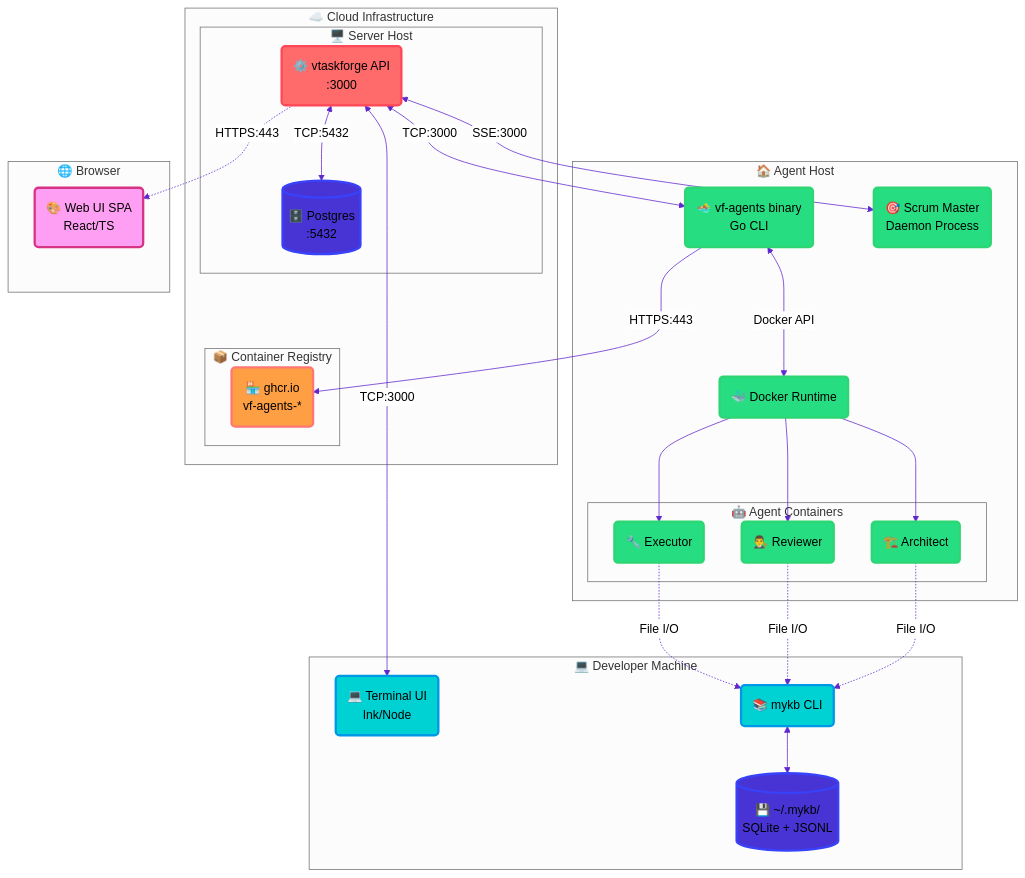
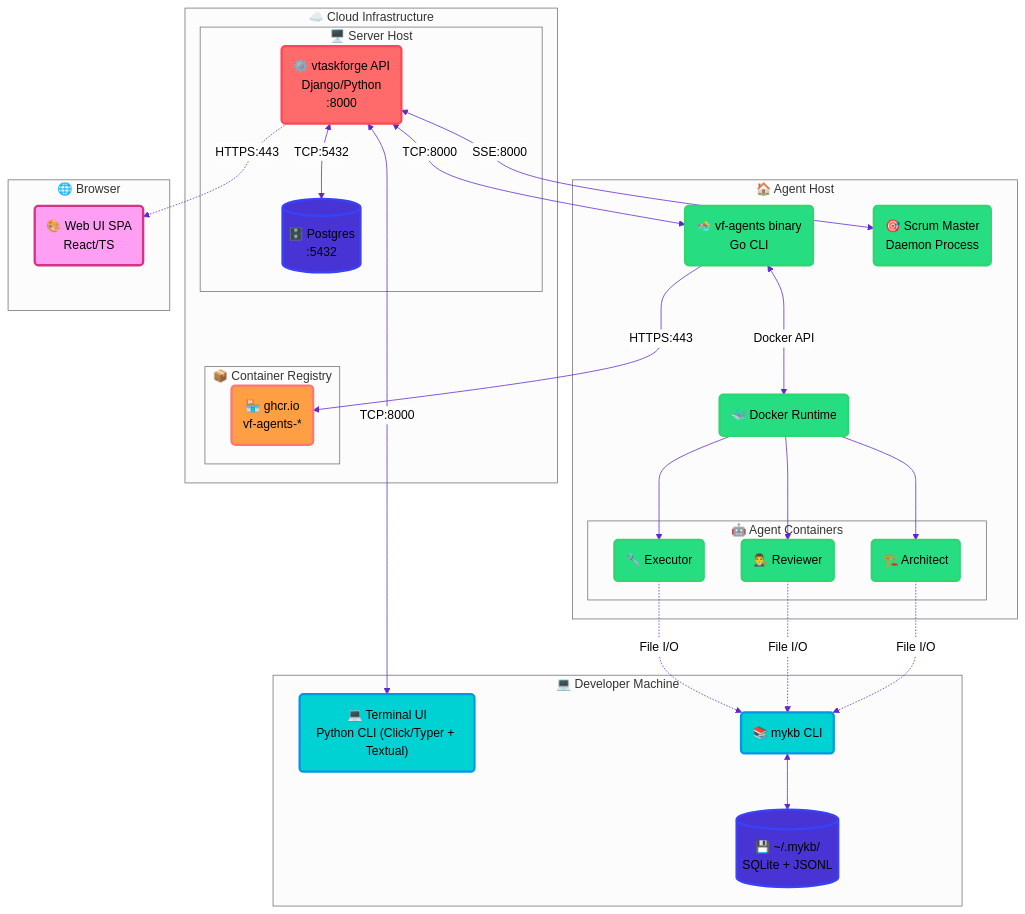
Before and after one commit to vilosource/vtaskforge: the fourth of 6 diagrams in docs/actor-model-DESIGN.md, drawn with Mermaid. The commit also changed other lines of this file and 2 other files, not shown here.

Commit message:
Update tech stack from Node/TS to Django/Python
- API server: Node/TS -> Django/Python with DRF
- Terminal UI: Ink -> Textual or Click/Typer (Python)
- Add DRF, Celery, and TokenAuthentication notes to API surface
- Update mermaid diagram labels and ports (3000 -> 8000)
- Update alternatives considered sections

```diff
--- a/docs/actor-model-DESIGN.md
+++ b/docs/actor-model-DESIGN.md
@@ -279,7 +279,7 @@
 flowchart TB
     subgraph "☁️ Cloud Infrastructure"
         subgraph "🖥️ Server Host"
-            API("⚙️ vtaskforge API<br/>:3000")
+            API("⚙️ vtaskforge API<br/>Django/Python<br/>:8000")
             DB[("🗄️ Postgres<br/>:5432")]
         end
 
@@ -300,7 +300,7 @@
     end
 
     subgraph "💻 Developer Machine"
-        TUI("💻 Terminal UI<br/>Ink/Node")
+        TUI("💻 Terminal UI<br/>Python CLI (Click/Typer + Textual)")
         KBCLI("📚 mykb CLI")
         KBSTORE[("💾 ~/.mykb/<br/>SQLite + JSONL")]
     end
@@ -310,9 +310,9 @@
     end
 
     API -.->|"HTTPS:443"| WEBUI
-    API <-->|"TCP:3000"| TUI
-    API <-->|"TCP:3000"| POOL
-    API <-->|"SSE:3000"| SCRUMDAEMON
+    API <-->|"TCP:8000"| TUI
+    API <-->|"TCP:8000"| POOL
+    API <-->|"SSE:8000"| SCRUMDAEMON
     API <-->|"TCP:5432"| DB
 
     POOL <-->|"Docker API"| DOCKER
```
